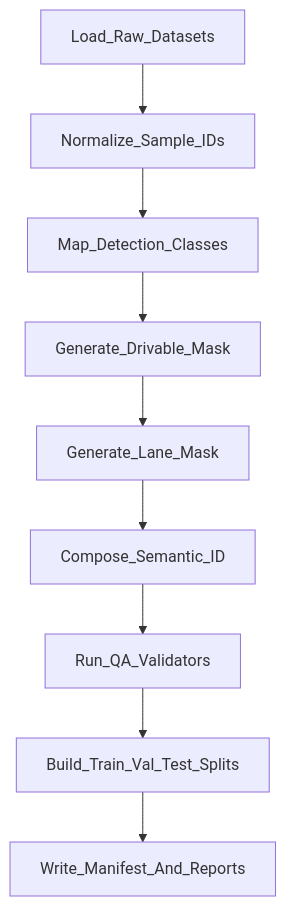
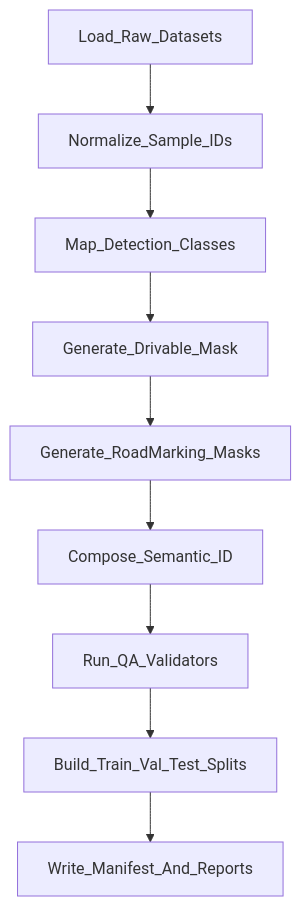
Before and after one commit to rkdals0131/yolopv26: the diagram in docs/DATASET_CONVERSION_SPEC.md, drawn with Mermaid. The commit also changed other lines of this file and 9 other files, not shown here.

````diff
--- a/docs/DATASET_CONVERSION_SPEC.md
+++ b/docs/DATASET_CONVERSION_SPEC.md
@@ -323,11 +363,11 @@
 ```mermaid
 flowchart TD
   A[Load_Raw_Datasets] --> B[Normalize_Sample_IDs]
   B --> C[Map_Detection_Classes]
   C --> D[Generate_Drivable_Mask]
-  D --> E[Generate_Lane_Mask]
+  D --> E[Generate_RoadMarking_Masks]
   E --> F[Compose_Semantic_ID]
   F --> G[Run_QA_Validators]
   G --> H[Build_Train_Val_Test_Splits]
   H --> I[Write_Manifest_And_Reports]
 ```
````
